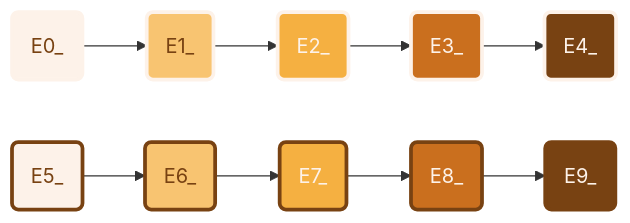
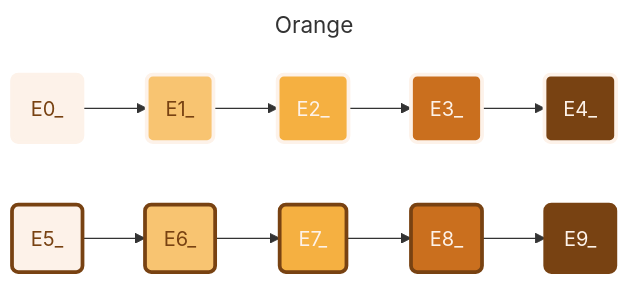
The sixth of 8 diagrams in profile/mermaid/mermaid-colors.md (APrettyCoolProgram/aprettycoolprogram), drawn with Mermaid before and after one commit. The commit also changed other lines of this file, not shown here.

````diff
--- a/profile/mermaid/mermaid-colors.md
+++ b/profile/mermaid/mermaid-colors.md
@@ -227,28 +230,31 @@
 ```mermaid
+---
+title: Orange
+---
 flowchart LR
   %% Components
   E0@{shape: rounded, label: "E0_"}
   E1@{shape: rounded, label: "E1_"}
   E2@{shape: rounded, label: "E2_"}
   E3@{shape: rounded, label: "E3_"}
   E4@{shape: rounded, label: "E4_"}
   E5@{shape: rounded, label: "E5_"}
   E6@{shape: rounded, label: "E6_"}
   E7@{shape: rounded, label: "E7_"}
   E8@{shape: rounded, label: "E8_"}
   E9@{shape: rounded, label: "E9_"}
   %% Layout
   E0:::E0_ --> E1:::E1_ --> E2:::E2_ --> E3:::E3_ --> E4:::E4_
   E5:::E5_ --> E6:::E6_ --> E7:::E7_ --> E8:::E8_ --> E9:::E9_ 
   %% Styles
   classDef E0_ stroke:#fdf2e9,stroke-width:3px,fill:#fdf2e9,color:#784212
   classDef E1_ stroke:#fdf2e9,stroke-width:3px,fill:#f8c471,color:#784212  
   classDef E2_ stroke:#fdf2e9,stroke-width:3px,fill:#f5b041,color:#fdf2e9
   classDef E3_ stroke:#fdf2e9,stroke-width:3px,fill:#ca6f1e,color:#fdf2e9
   classDef E4_ stroke:#fdf2e9,stroke-width:3px,fill:#784212,color:#fdf2e9
   classDef E5_ stroke:#784212,stroke-width:3px,fill:#fdf2e9,color:#784212
   classDef E6_ stroke:#784212,stroke-width:3px,fill:#f8c471,color:#784212  
   classDef E7_ stroke:#784212,stroke-width:3px,fill:#f5b041,color:#fdf2e9
   classDef E8_ stroke:#784212,stroke-width:3px,fill:#ca6f1e,color:#fdf2e9
   classDef E9_ stroke:#784212,stroke-width:3px,fill:#784212,color:#fdf2e9
 ```
````
